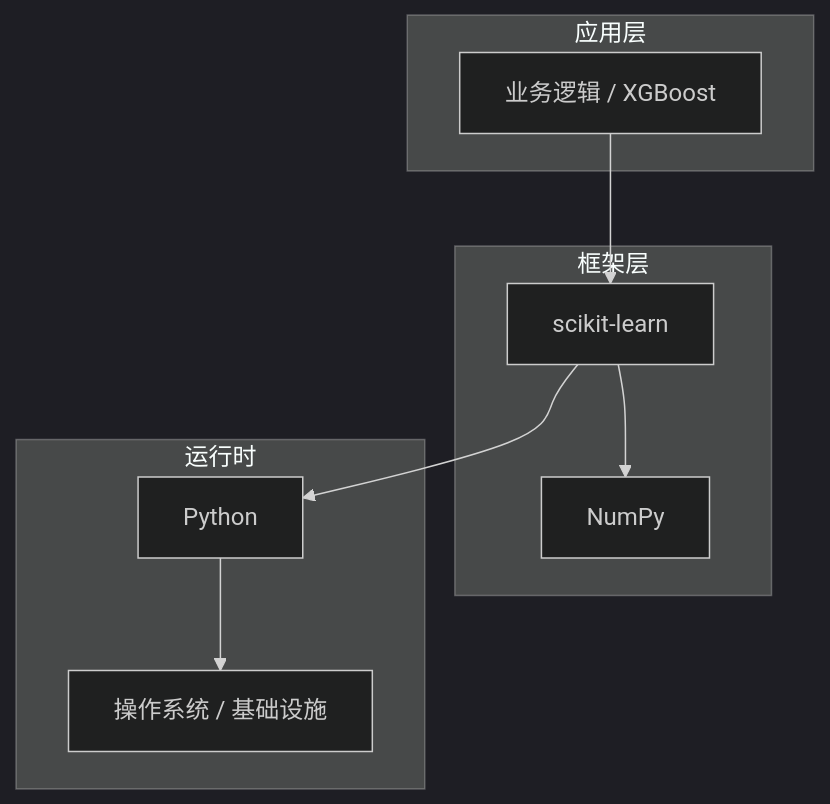
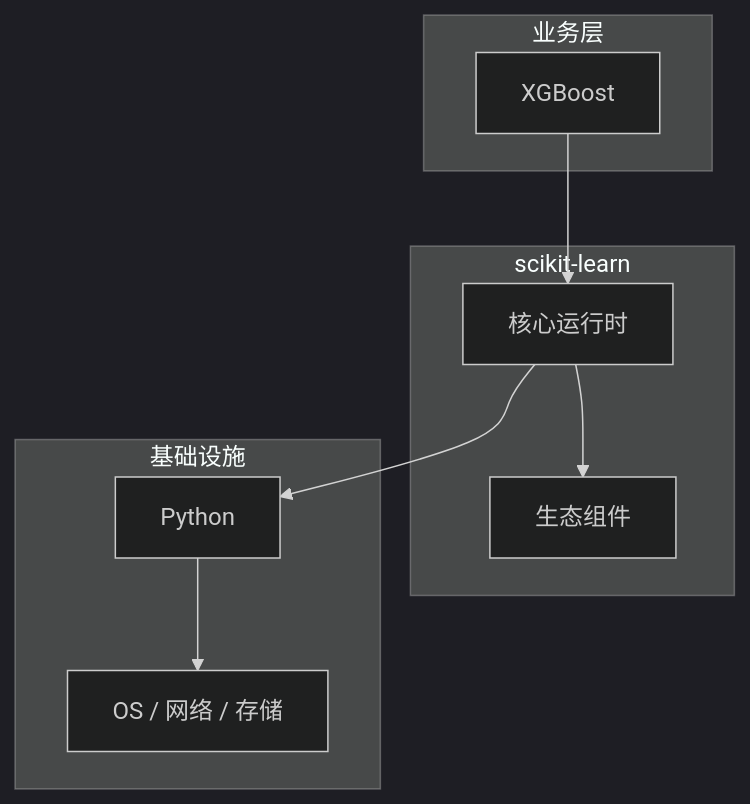
The diagram in articles/机器学习/chapters/127-XGBoost核心概念与原理.md (yanggan2015/knowledge-json-v2), drawn with Mermaid (dark theme) before and after one commit. The commit also changed other lines of this file and 10127 other files, not shown here.

````diff
--- a/articles/机器学习/chapters/127-XGBoost核心概念与原理.md
+++ b/articles/机器学习/chapters/127-XGBoost核心概念与原理.md
@@ -45,18 +30,18 @@
 ```mermaid
 graph TB
-    subgraph 应用层
-        A[业务逻辑 / XGBoost]
+    subgraph 业务层
+        A[XGBoost]
     end
-    subgraph 框架层
-        B[scikit-learn]
-        C[NumPy]
+    subgraph scikit-learn
+        B[核心运行时]
+        C[生态组件]
     end
-    subgraph 运行时
+    subgraph 基础设施
         D[Python]
-        E[操作系统 / 基础设施]
+        E[OS / 网络 / 存储]
     end
     A --> B
     B --> C
     B --> D
     D --> E
 ```
````
